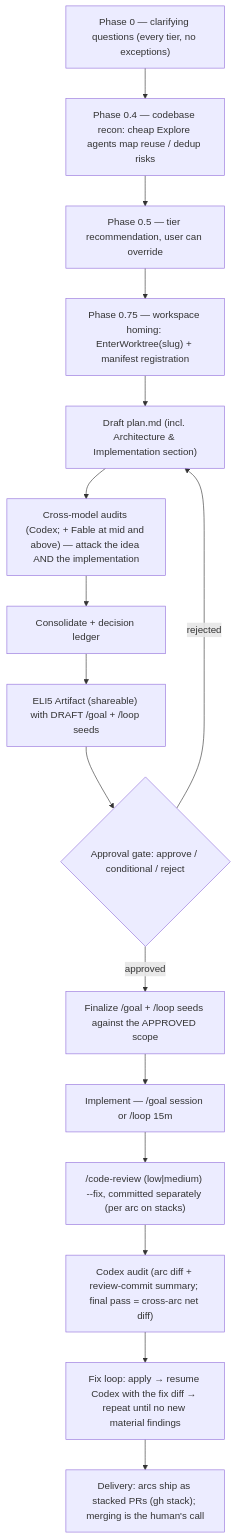
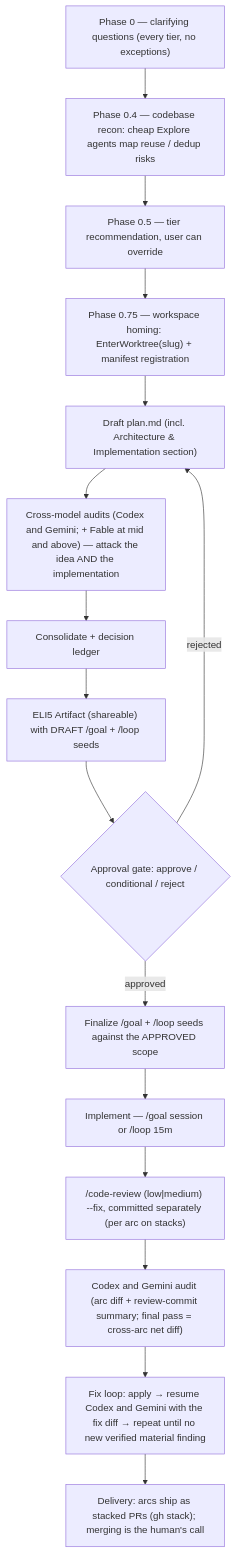
One commit to alejoamiras/aa-skills changed the diagram in skills/blueprint/README.md. Above: the diagram before and after it, drawn with Mermaid. The commit also changed other lines of this file and 20 other files, not shown here.

First line of the commit message:
feat(skills): Gemini as a third review leg in blueprint, harden and start-orchy (#113)

````diff
--- a/skills/blueprint/README.md
+++ b/skills/blueprint/README.md
@@ -28,18 +28,18 @@
 ```mermaid
 flowchart TD
     Q["Phase 0 — clarifying questions (every tier, no exceptions)"] --> RC["Phase 0.4 — codebase recon: cheap Explore agents map reuse / dedup risks"]
     RC --> R["Phase 0.5 — tier recommendation, user can override"]
     R --> W["Phase 0.75 — workspace homing: EnterWorktree(slug) + manifest registration"]
     W --> D["Draft plan.md (incl. Architecture & Implementation section)"]
-    D --> A["Cross-model audits (Codex; + Fable at mid and above) — attack the idea AND the implementation"]
+    D --> A["Cross-model audits (Codex and Gemini; + Fable at mid and above) — attack the idea AND the implementation"]
     A --> C["Consolidate + decision ledger"]
     C --> E["ELI5 Artifact (shareable) with DRAFT /goal + /loop seeds"]
     E --> G{"Approval gate: approve / conditional / reject"}
     G -- "rejected" --> D
     G -- "approved" --> S["Finalize /goal + /loop seeds against the APPROVED scope"]
     S --> I["Implement — /goal session or /loop 15m"]
     I --> V["/code-review (low|medium) --fix, committed separately (per arc on stacks)"]
-    V --> P["Codex audit (arc diff + review-commit summary; final pass = cross-arc net diff)"]
-    P --> F["Fix loop: apply → resume Codex with the fix diff → repeat until no new material findings"]
+    V --> P["Codex and Gemini audit (arc diff + review-commit summary; final pass = cross-arc net diff)"]
+    P --> F["Fix loop: apply → resume Codex and Gemini with the fix diff → repeat until no new verified material finding"]
     F --> T["Delivery: arcs ship as stacked PRs (gh stack); merging is the human's call"]
 ```
````
